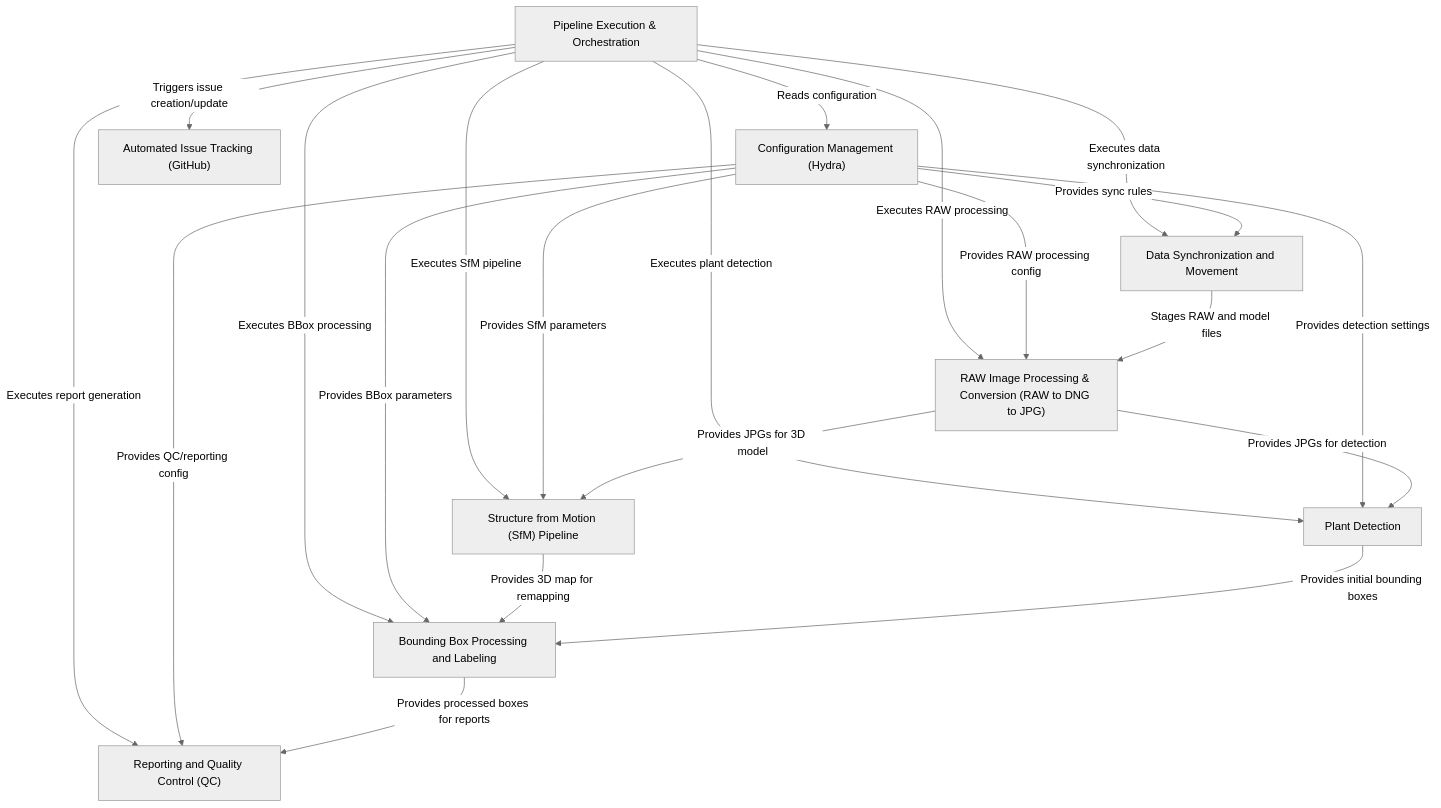
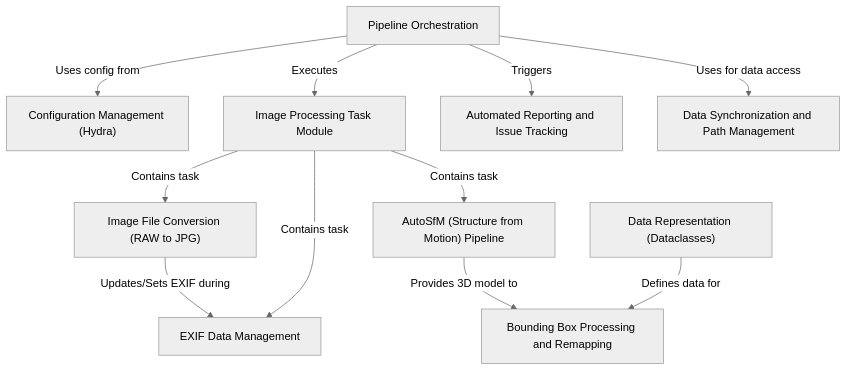
The diagram in README.md (precision-sustainable-ag/SemiF-Preprocessing), drawn with Mermaid (neutral theme) before and after one commit. The commit also changed other lines of this file, not shown here.

````diff
--- a/README.md
+++ b/README.md
@@ -7,35 +11,33 @@
 ```mermaid
 flowchart TD
-    A0["Pipeline Execution & Orchestration"]
-    A1["Configuration Management (Hydra)"]
-    A2["RAW Image Processing & Conversion (RAW to DNG to JPG)"]
-    A3["Structure from Motion (SfM) Pipeline"]
-    A4["Plant Detection"]
-    A5["Bounding Box Processing and Labeling"]
-    A6["Reporting and Quality Control (QC)"]
-    A7["Automated Issue Tracking (GitHub)"]
-    A8["Data Synchronization and Movement"]
-
-    A0 -->|Reads configuration| A1
-    A0 -->|Executes RAW processing| A2
-    A0 -->|Executes SfM pipeline| A3
-    A0 -->|Executes plant detection| A4
-    A0 -->|Executes BBox processing| A5
-    A0 -->|Executes report generation| A6
-    A0 -->|Triggers issue creation/update| A7
-    A0 -->|Executes data synchronization| A8
-
-    A1 -->|Provides RAW processing config| A2
-    A1 -->|Provides SfM parameters| A3
-    A1 -->|Provides detection settings| A4
-    A1 -->|Provides BBox parameters| A5
-    A1 -->|Provides QC/reporting config| A6
-    A1 -->|Provides sync rules| A8
-
-    A2 -->|Provides JPGs for 3D model| A3
-    A2 -->|Provides JPGs for detection| A4
-    A3 -->|Provides 3D map for remapping| A5
-    A4 -->|Provides initial bounding boxes| A5
-    A5 -->|Provides processed boxes for reports| A6
-    A8 -->|Stages RAW and model files| A2
+    A0["Pipeline Orchestration
+"]
+    A1["Configuration Management (Hydra)
+"]
+    A2["Image Processing Task Module
+"]
+    A3["AutoSfM (Structure from Motion) Pipeline
+"]
+    A4["Automated Reporting and Issue Tracking
+"]
+    A5["Data Representation (Dataclasses)
+"]
+    A6["Bounding Box Processing and Remapping
+"]
+    A7["EXIF Data Management
+"]
+    A8["Image File Conversion (RAW to JPG)
+"]
+    A9["Data Synchronization and Path Management
+"]
+    A0 -- "Uses config from" --> A1
+    A0 -- "Executes" --> A2
+    A2 -- "Contains task" --> A8
+    A8 -- "Updates/Sets EXIF during" --> A7
+    A2 -- "Contains task" --> A3
+    A3 -- "Provides 3D model to" --> A6
+    A5 -- "Defines data for" --> A6
+    A0 -- "Triggers" --> A4
+    A0 -- "Uses for data access" --> A9
+    A2 -- "Contains task" --> A7
 ```
````
